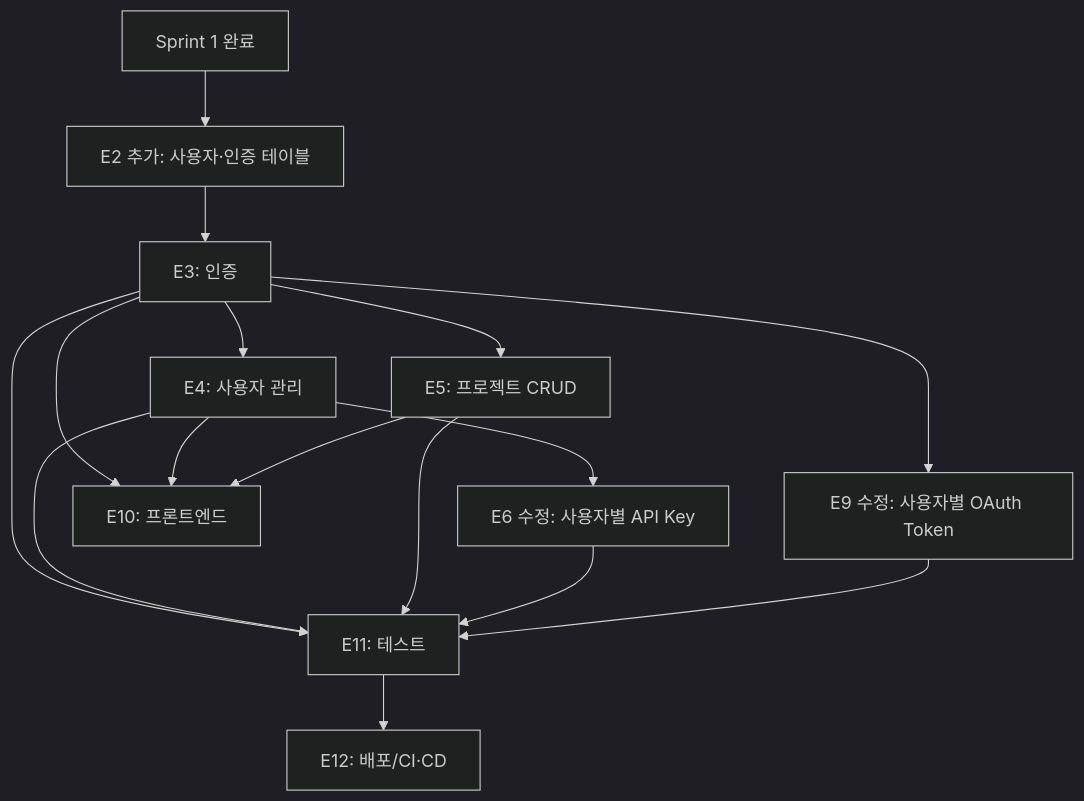
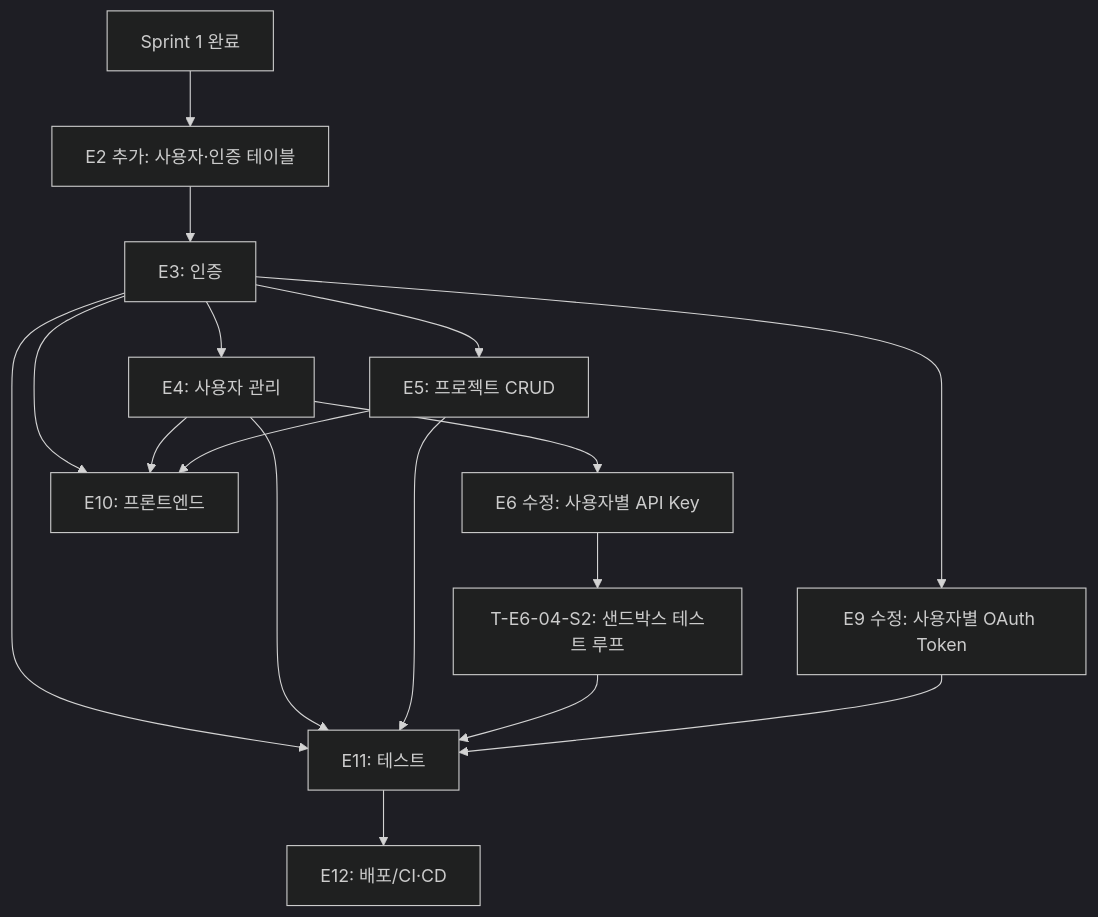
The diagram in docs/08/sprint-2.md (Gomdadi/mvp-builder), drawn with Mermaid (dark theme) before and after one commit. The commit also changed other lines of this file and 11 other files, not shown here.

Commit message:
Feat: T-E6-02 - Phase 1 분석 문서 생성 프롬프트 구현   - Phase1Service: ERD/API spec/Architecture/Directory 구조를 4개 툴로 순서 생성   - 툴 설명을 MD 파일로 분리 (phase1-system.md, phase1-tool-*.md)   - 에이전트 루프 완료 후 AnalysisDocument DB 저장, userFeedback 버전 관리   - Unit Test: 정상/피드백/불완전 루프/API 실패 케이스 4개

````diff
--- a/docs/08/sprint-2.md
+++ b/docs/08/sprint-2.md
@@ -204,18 +217,19 @@
 ```mermaid
 flowchart TD
     S1["Sprint 1 완료"] --> E2_add["E2 추가: 사용자·인증 테이블"]
     E2_add --> E3["E3: 인증"]
     E3 --> E4["E4: 사용자 관리"]
     E3 --> E5["E5: 프로젝트 CRUD"]
     E4 --> E6_mod["E6 수정: 사용자별 API Key"]
     E3 --> E9_mod["E9 수정: 사용자별 OAuth Token"]
     E3 --> E10["E10: 프론트엔드"]
     E4 --> E10
     E5 --> E10
     E3 --> E11["E11: 테스트"]
     E4 --> E11
     E5 --> E11
-    E6_mod --> E11
+    E6_mod --> E6_04_s2["T-E6-04-S2: 샌드박스 테스트 루프"]
+    E6_04_s2 --> E11
     E9_mod --> E11
     E11 --> E12["E12: 배포/CI·CD"]
 ```
````
